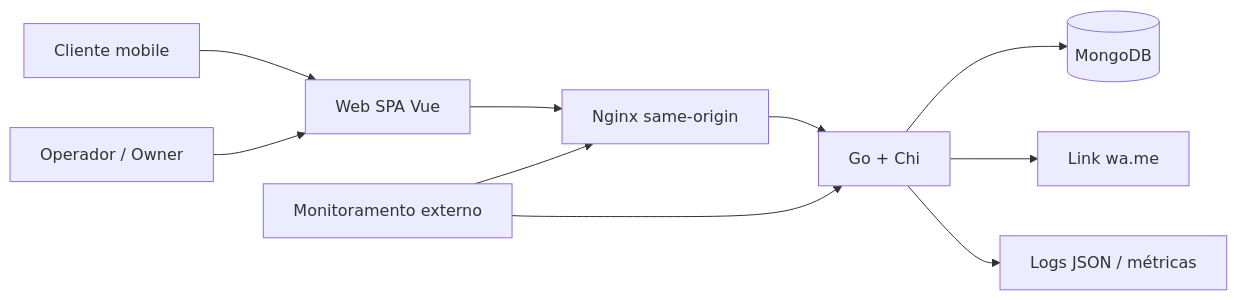
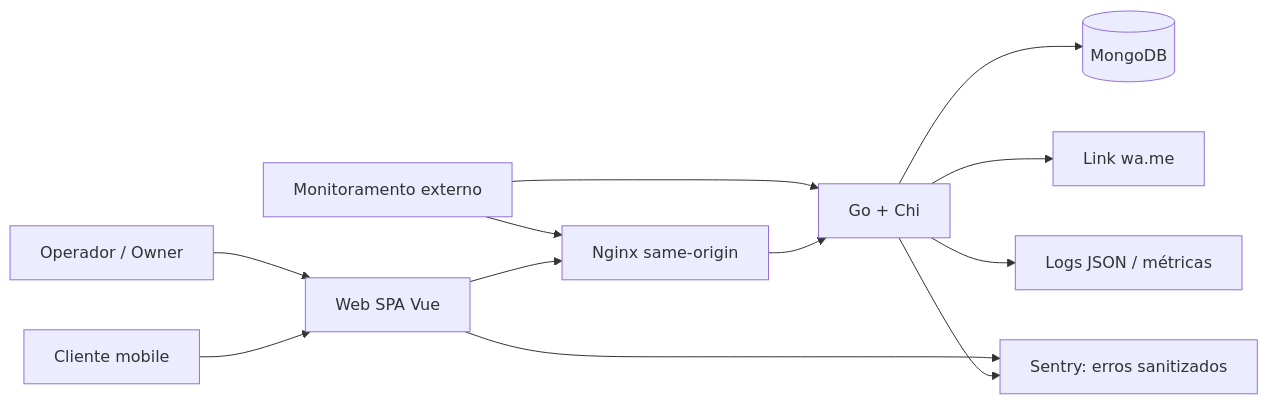
Before and after one commit to gildemberg-santos/brocados-lanches: the first of 8 diagrams in docs/04-arquitetura.md, drawn with Mermaid. The commit also changed other lines of this file and 159 other files, not shown here.

First line of the commit message:
feat(monitoring): integra Sentry de erros sem PII na API e no web

````diff
--- a/docs/04-arquitetura.md
+++ b/docs/04-arquitetura.md
@@ -27,12 +27,14 @@
 ```mermaid
 flowchart LR
   C[Cliente mobile] --> W[Web SPA Vue]
   A[Operador / Owner] --> W
   W --> N[Nginx same-origin]
   N --> API[Go + Chi]
   API --> M[(MongoDB)]
   API --> WA[Link wa.me]
   API --> LOG[Logs JSON / métricas]
+  API --> SE[Sentry: erros sanitizados]
+  W --> SE
   O[Monitoramento externo] --> N
   O --> API
 ```
````
